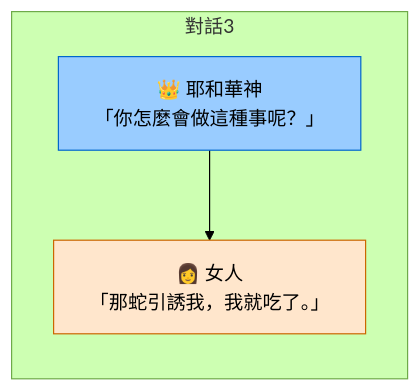
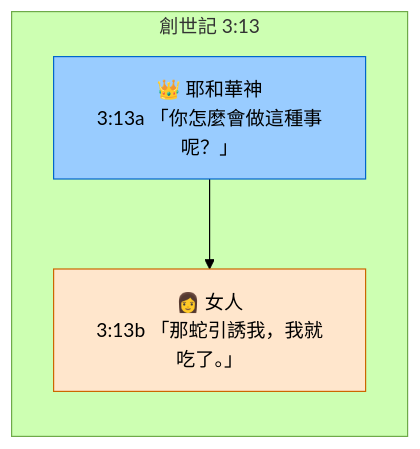
The third of 11 diagrams in 創世紀/第 03 章.md (mccappsheet5804-sketch/bible-study-old-testament), drawn with Mermaid (forest theme) before and after one commit. The commit also changed other lines of this file, not shown here.

````diff
--- a/創世紀/第 03 章.md
+++ b/創世紀/第 03 章.md
@@ -79,10 +81,10 @@
 ```mermaid
 flowchart LR
-    subgraph 對話3
-        G3[👑 耶和華神<br>「你怎麼會做這種事呢？」]
-        G3 --> E2[👩 女人<br>「那蛇引誘我，我就吃了。」]
+    subgraph Dialog_3 [創世記 3:13]
+        G3[👑 耶和華神<br>3:13a 「你怎麼會做這種事呢？」]
+        G3 --> E2[👩 女人<br>3:13b 「那蛇引誘我，我就吃了。」]
     end
     
     style G3 fill:#99ccff,stroke:#0066cc
     style E2 fill:#ffe6cc,stroke:#cc6600
 ```
````
